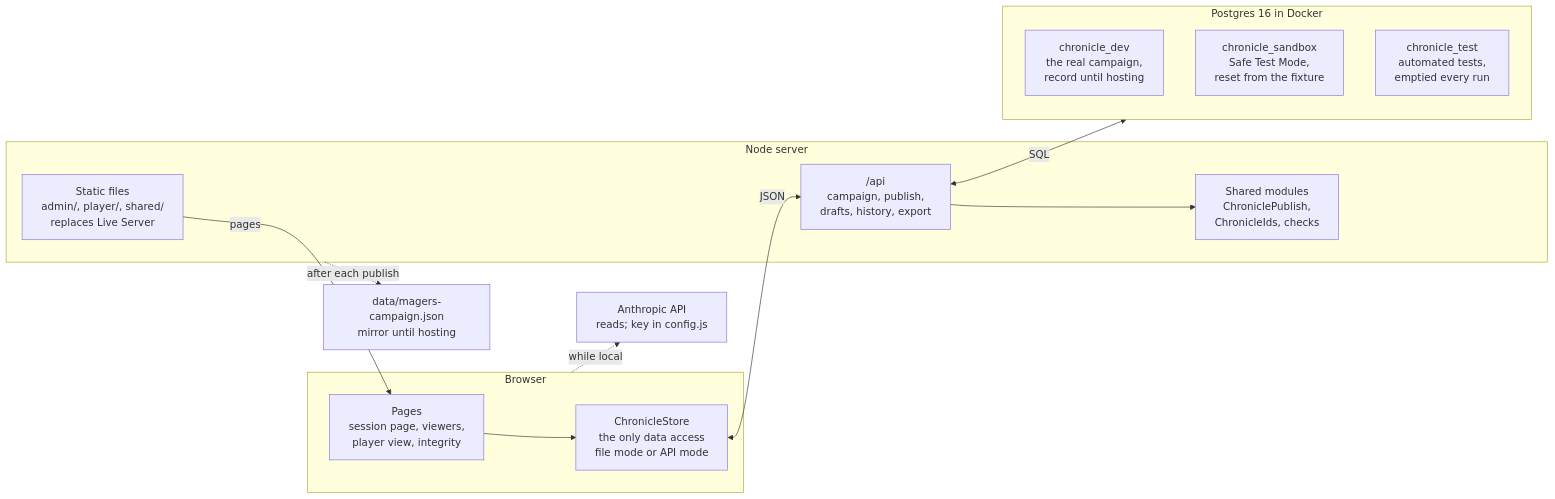
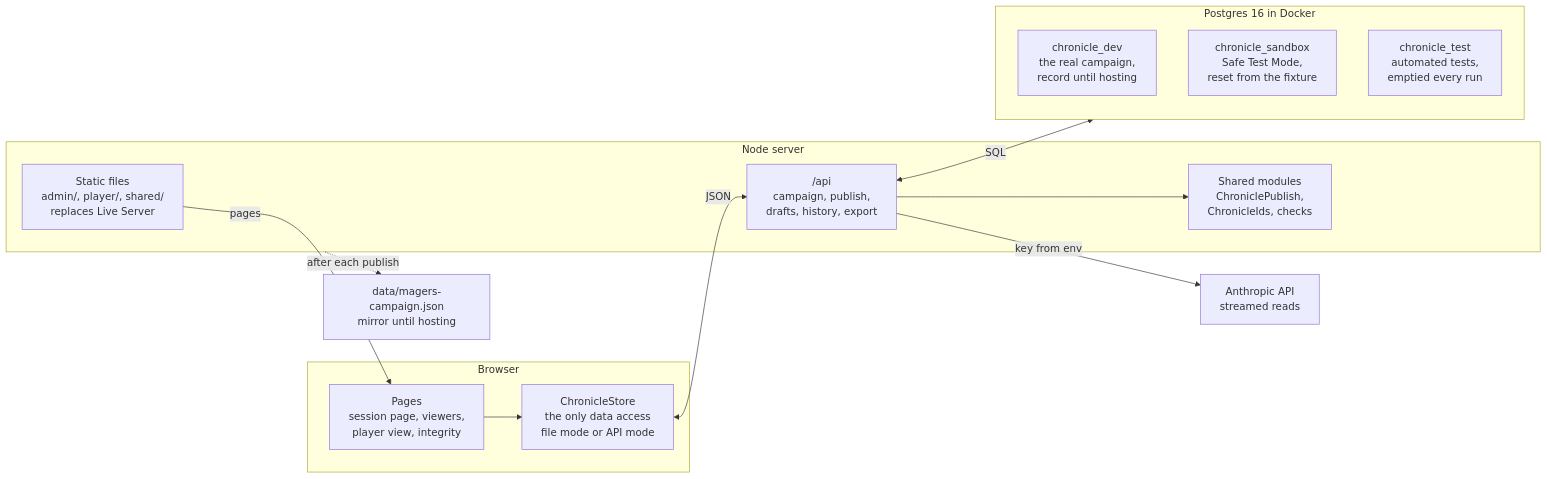
One commit to dgrimesii/Chronicle-MagersCampaign changed the diagram in docs/postgres-migration.md. Above: the diagram before and after it, drawn with Mermaid. The commit also changed other lines of this file, not shown here.

First line of the commit message:
docs: move API keys server-side in phase 7 (#121)

````diff
--- a/docs/postgres-migration.md
+++ b/docs/postgres-migration.md
@@ -52,20 +53,20 @@
 ```mermaid
 flowchart LR
   subgraph Browser
     Pages["Pages<br/>session page, viewers,<br/>player view, integrity"] --> Store["ChronicleStore<br/>the only data access<br/>file mode or API mode"]
   end
   subgraph Server["Node server"]
     Static["Static files<br/>admin/, player/, shared/<br/>replaces Live Server"]
     API["/api<br/>campaign, publish,<br/>drafts, history, export"] --> Shared["Shared modules<br/>ChroniclePublish,<br/>ChronicleIds, checks"]
   end
   subgraph PG["Postgres 16 in Docker"]
     Dev["chronicle_dev<br/>the real campaign,<br/>record until hosting"]
     Sandbox["chronicle_sandbox<br/>Safe Test Mode,<br/>reset from the fixture"]
     Test["chronicle_test<br/>automated tests,<br/>emptied every run"]
   end
   Static -- pages --> Pages
   Store <-- JSON --> API
   API <-- SQL --> PG
-  Browser -. while local .-> Anthropic["Anthropic API<br/>reads; key in config.js"]
+  API -- key from env --> Anthropic["Anthropic API<br/>streamed reads"]
   Server -. after each publish .-> Mirror["data/magers-campaign.json<br/>mirror until hosting"]
 ```
````
